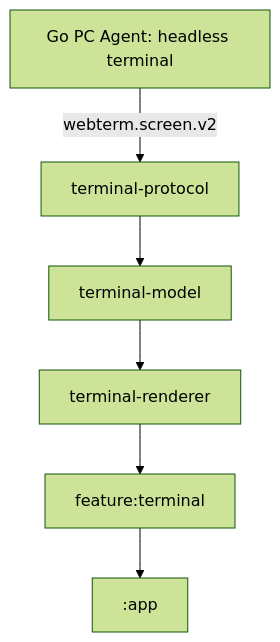
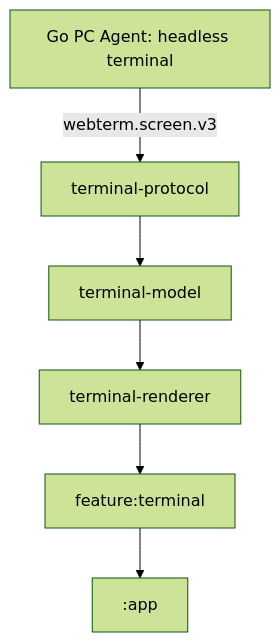
One commit to mgao92131-commits/webterm changed the diagram in android-client/README.md. Above: the diagram before and after it, drawn with Mermaid (forest theme). The commit also changed other lines of this file and 122 other files, not shown here.

First line of the commit message:
feat(protocol): hard-cut to webterm.screen.v3 with canonical LineStore

````diff
--- a/android-client/README.md
+++ b/android-client/README.md
@@ -23,8 +23,8 @@
 ```mermaid
 graph TD
-    Go[Go PC Agent: headless terminal] -->|webterm.screen.v2| Protocol[terminal-protocol]
+    Go[Go PC Agent: headless terminal] -->|webterm.screen.v3| Protocol[terminal-protocol]
     Protocol --> Model[terminal-model]
     Model --> Renderer[terminal-renderer]
     Renderer --> Feature[feature:terminal]
     Feature --> App[:app]
 ```
````
